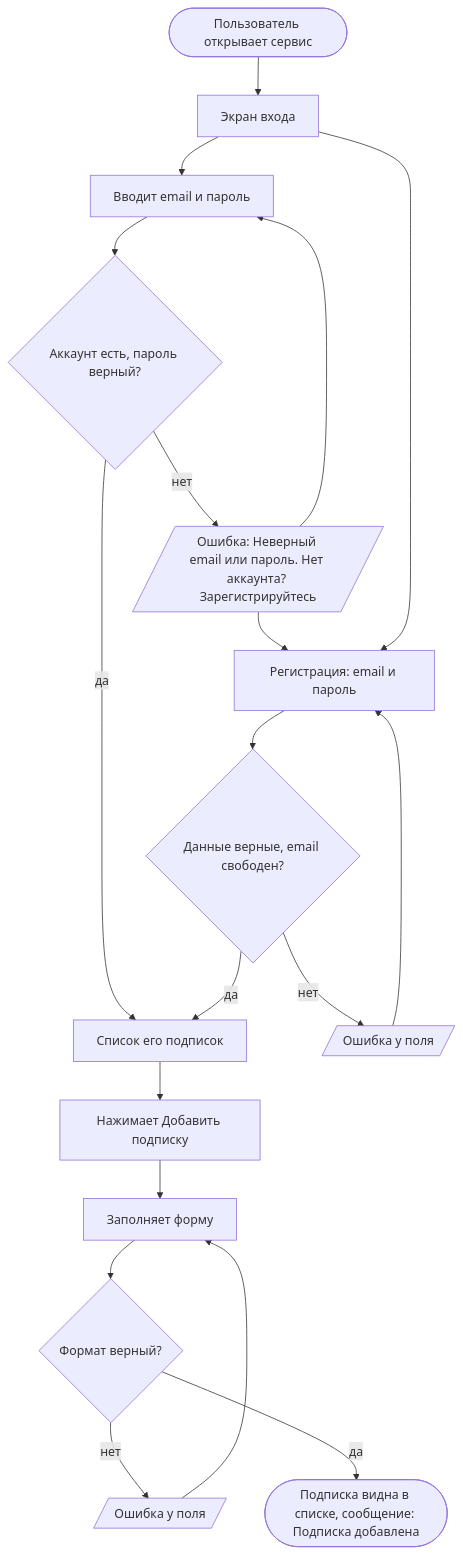
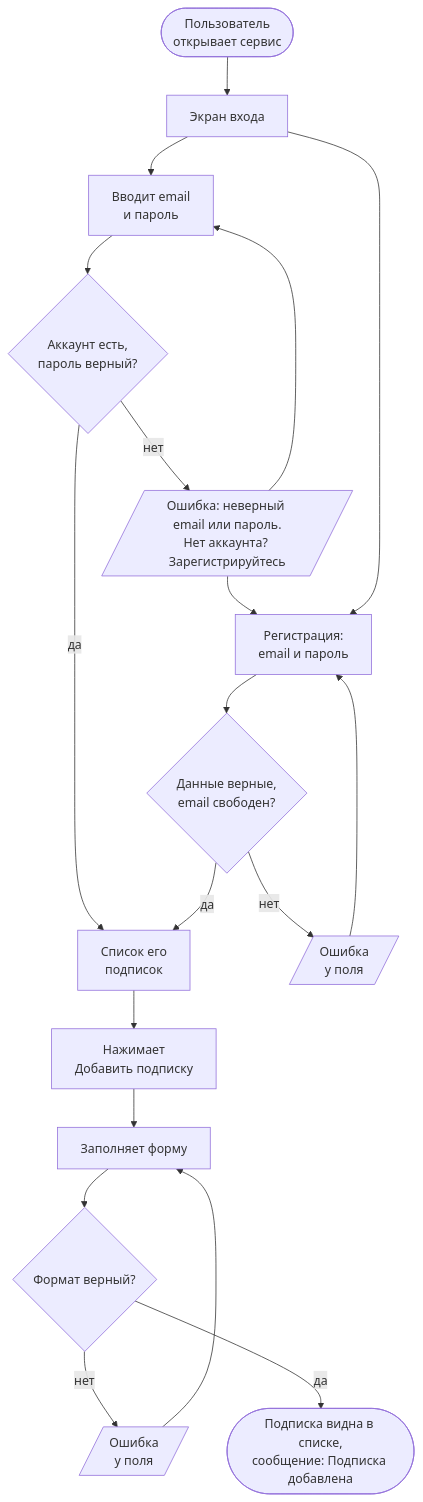
One commit to kio-011/subtracker changed the diagram in frontend/scenario.md. Above: the diagram before and after it, drawn with Mermaid.

Commit message:
Break long labels in scenario diagram so text is not clipped

````diff
--- a/frontend/scenario.md
+++ b/frontend/scenario.md
@@ -12,21 +12,21 @@
 ```mermaid
 flowchart TD
-    A([Пользователь открывает сервис]) --> B[Экран входа]
-    B --> C[Вводит email и пароль]
-    C --> D{Аккаунт есть, пароль верный?}
-    D -- нет --> E[/Ошибка: Неверный email или пароль. Нет аккаунта? Зарегистрируйтесь/]
+    A([Пользователь<br/>открывает сервис]) --> B[Экран входа]
+    B --> C[Вводит email<br/>и пароль]
+    C --> D{Аккаунт есть,<br/>пароль верный?}
+    D -- нет --> E[/Ошибка: неверный email или пароль.<br/>Нет аккаунта? Зарегистрируйтесь/]
     E --> C
-    D -- да --> L[Список его подписок]
+    D -- да --> L[Список его<br/>подписок]
     E --> R
-    B --> R[Регистрация: email и пароль]
-    R --> R2{Данные верные, email свободен?}
-    R2 -- нет --> R3[/Ошибка у поля/]
+    B --> R[Регистрация:<br/>email и пароль]
+    R --> R2{Данные верные,<br/>email свободен?}
+    R2 -- нет --> R3[/Ошибка<br/>у поля/]
     R3 --> R
     R2 -- да --> L
-    L --> N[Нажимает Добавить подписку]
+    L --> N[Нажимает<br/>Добавить подписку]
     N --> O[Заполняет форму]
     O --> Q{Формат верный?}
-    Q -- нет --> Q1[/Ошибка у поля/]
+    Q -- нет --> Q1[/Ошибка<br/>у поля/]
     Q1 --> O
-    Q -- да --> U([Подписка видна в списке, сообщение: Подписка добавлена])
+    Q -- да --> U([Подписка видна в списке,<br/>сообщение: Подписка добавлена])
 ```
````
